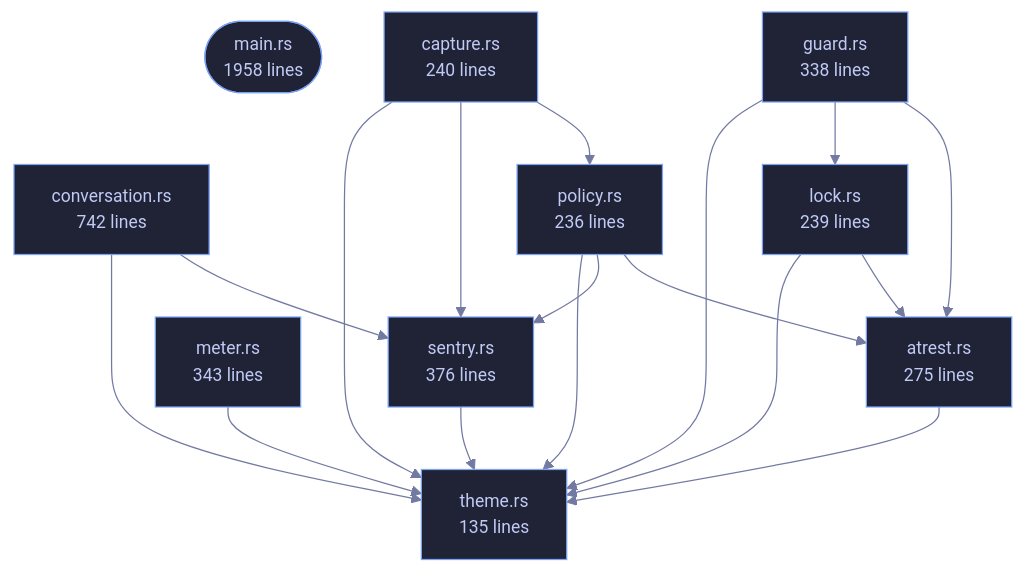
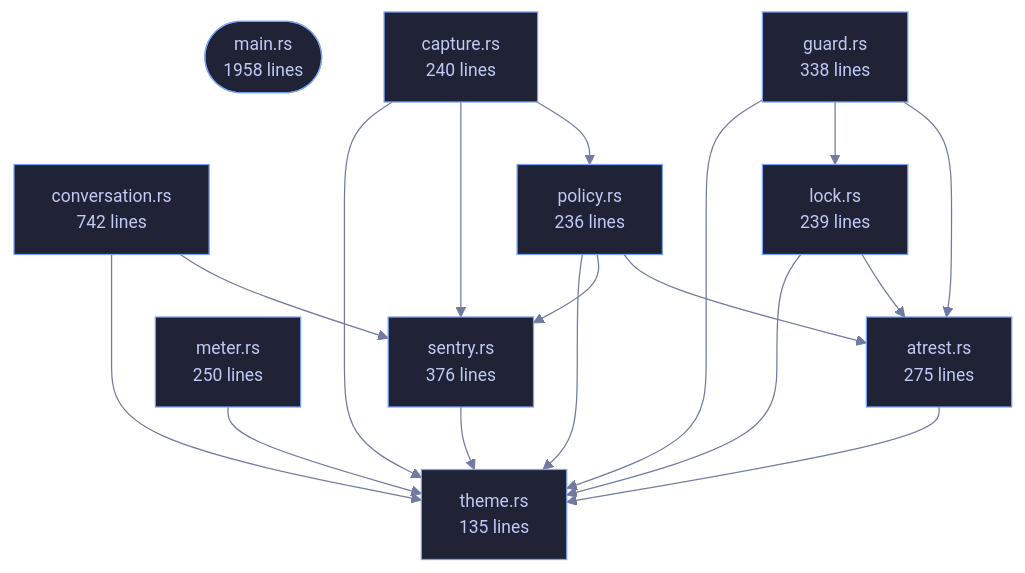
One commit to tilas01/veilvoice changed the diagram in crates/veilvoice-cli/README.md. Above: the diagram before and after it, drawn with Mermaid. The commit also changed other lines of this file and 38 other files, not shown here.

````diff
--- a/crates/veilvoice-cli/README.md
+++ b/crates/veilvoice-cli/README.md
@@ -97,40 +97,40 @@
 ```mermaid
 %%{init: {"theme":"base","themeVariables":{"background":"#1a1b26","primaryColor":"#1f2335","primaryTextColor":"#c0caf5","primaryBorderColor":"#7aa2f7","secondaryColor":"#16161e","tertiaryColor":"#16161e","lineColor":"#737aa2","textColor":"#c0caf5","mainBkg":"#1f2335","nodeBorder":"#7aa2f7","clusterBkg":"#16161e","clusterBorder":"#2f3549","fontFamily":"ui-monospace, SFMono-Regular, Consolas, monospace","fontSize":"14px"}}}%%
 flowchart TD
     n_main(["main.rs<br/>1958 lines"])
     n_atrest["atrest.rs<br/>275 lines"]
     n_capture["capture.rs<br/>240 lines"]
     n_conversation["conversation.rs<br/>742 lines"]
     n_guard["guard.rs<br/>338 lines"]
     n_lock["lock.rs<br/>239 lines"]
-    n_meter["meter.rs<br/>343 lines"]
+    n_meter["meter.rs<br/>250 lines"]
     n_policy["policy.rs<br/>236 lines"]
     n_sentry["sentry.rs<br/>376 lines"]
     n_theme["theme.rs<br/>135 lines"]
     n_atrest --> n_theme
     n_capture --> n_policy
     n_capture --> n_sentry
     n_capture --> n_theme
     n_conversation --> n_sentry
     n_conversation --> n_theme
     n_guard --> n_atrest
     n_guard --> n_lock
     n_guard --> n_theme
     n_lock --> n_atrest
     n_lock --> n_theme
     n_meter --> n_theme
     n_policy --> n_atrest
     n_policy --> n_sentry
     n_policy --> n_theme
     n_sentry --> n_theme
     click n_main href "https://github.com/tilas01/veilvoice/blob/main/crates/veilvoice-cli/src/main.rs" "open the source"
     click n_atrest href "https://github.com/tilas01/veilvoice/blob/main/crates/veilvoice-cli/src/atrest.rs" "open the source"
     click n_capture href "https://github.com/tilas01/veilvoice/blob/main/crates/veilvoice-cli/src/capture.rs" "open the source"
     click n_conversation href "https://github.com/tilas01/veilvoice/blob/main/crates/veilvoice-cli/src/conversation.rs" "open the source"
     click n_guard href "https://github.com/tilas01/veilvoice/blob/main/crates/veilvoice-cli/src/guard.rs" "open the source"
     click n_lock href "https://github.com/tilas01/veilvoice/blob/main/crates/veilvoice-cli/src/lock.rs" "open the source"
     click n_meter href "https://github.com/tilas01/veilvoice/blob/main/crates/veilvoice-cli/src/meter.rs" "open the source"
     click n_policy href "https://github.com/tilas01/veilvoice/blob/main/crates/veilvoice-cli/src/policy.rs" "open the source"
     click n_sentry href "https://github.com/tilas01/veilvoice/blob/main/crates/veilvoice-cli/src/sentry.rs" "open the source"
     click n_theme href "https://github.com/tilas01/veilvoice/blob/main/crates/veilvoice-cli/src/theme.rs" "open the source"
 ```
````
